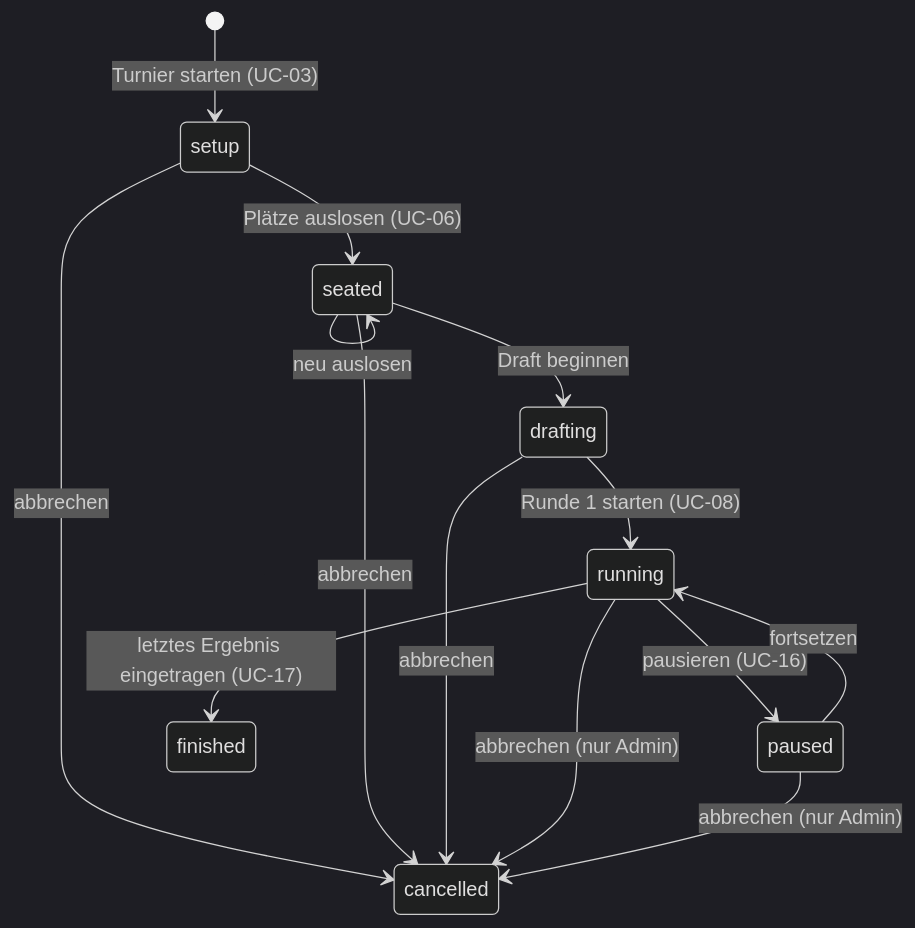
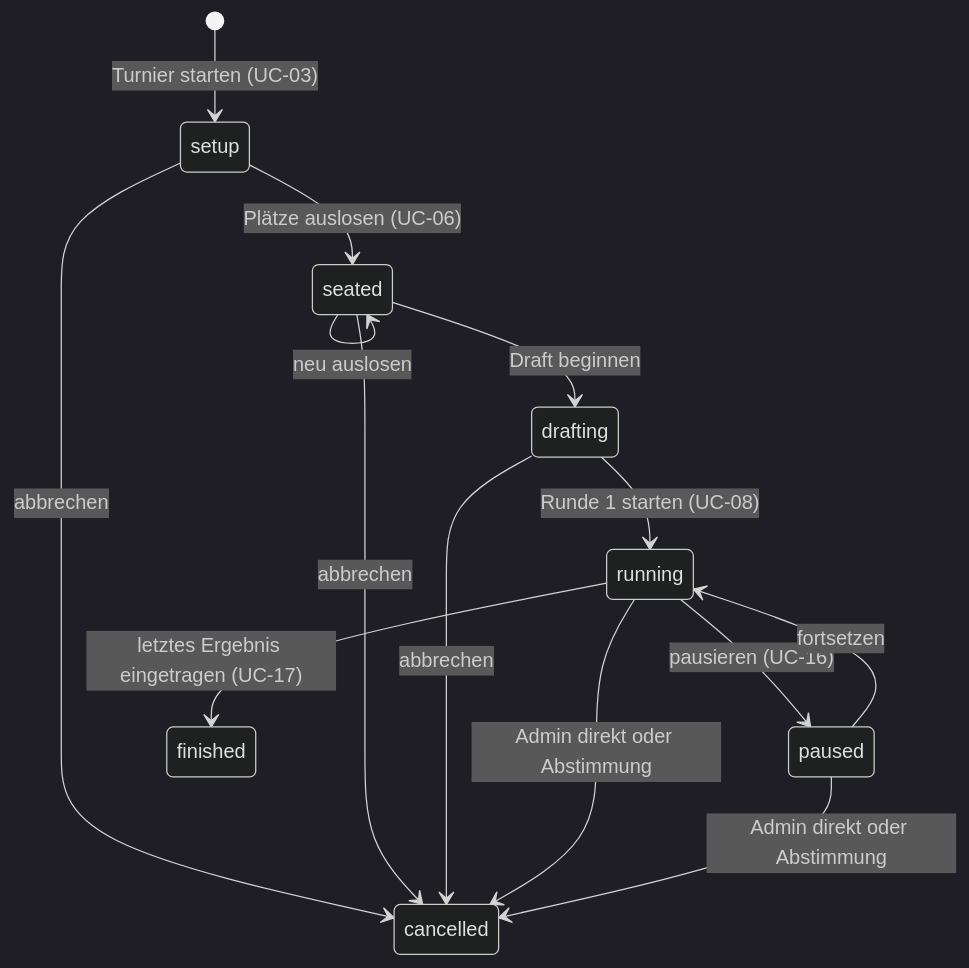
One commit to krauspeter/topstack changed the diagram in docs/adr/0013-turnier-zustaende.md. Above: the diagram before and after it, drawn with Mermaid (dark theme). The commit also changed other lines of this file and 3 other files, not shown here.

````diff
--- a/docs/adr/0013-turnier-zustaende.md
+++ b/docs/adr/0013-turnier-zustaende.md
@@ -13,16 +13,16 @@
 ```mermaid
 stateDiagram-v2
     [*] --> setup: Turnier starten (UC-03)
     setup --> seated: Plätze auslosen (UC-06)
     seated --> seated: neu auslosen
     seated --> drafting: Draft beginnen
     drafting --> running: Runde 1 starten (UC-08)
     running --> paused: pausieren (UC-16)
     paused --> running: fortsetzen
     running --> finished: letztes Ergebnis eingetragen (UC-17)
     setup --> cancelled: abbrechen
     seated --> cancelled: abbrechen
     drafting --> cancelled: abbrechen
-    running --> cancelled: abbrechen (nur Admin)
-    paused --> cancelled: abbrechen (nur Admin)
+    running --> cancelled: Admin direkt oder Abstimmung
+    paused --> cancelled: Admin direkt oder Abstimmung
 ```
````
